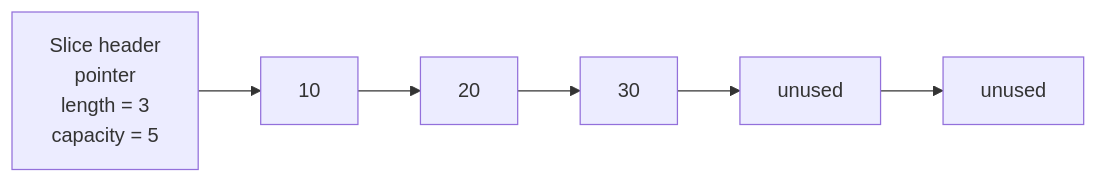
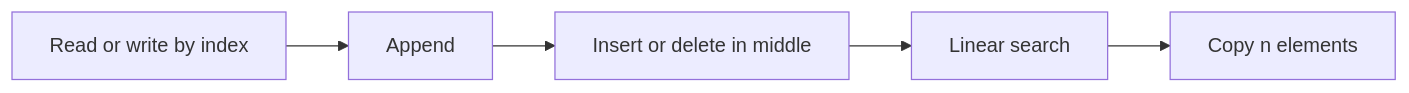
The second of 16 diagrams in docs/datastructures/array.md (9999dude/omega), drawn with Mermaid before and after one commit. The commit also changed other lines of this file and 58 other files, not shown here.

````diff
--- a/docs/datastructures/array.md
+++ b/docs/datastructures/array.md
@@ -150,9 +59,8 @@
 ```mermaid
 flowchart LR
-    S["Slice header<br/>pointer<br/>length = 3<br/>capacity = 5"]
-    S --> A0["10"]
-    A0 --> A1["20"]
-    A1 --> A2["30"]
-    A2 --> A3["unused"]
-    A3 --> A4["unused"]
+    A0["Read or write by index"]
+    A0 --> A1["Append"]
+    A1 --> A2["Insert or delete in middle"]
+    A2 --> A3["Linear search"]
+    A3 --> A4["Copy n elements"]
 ```
````
